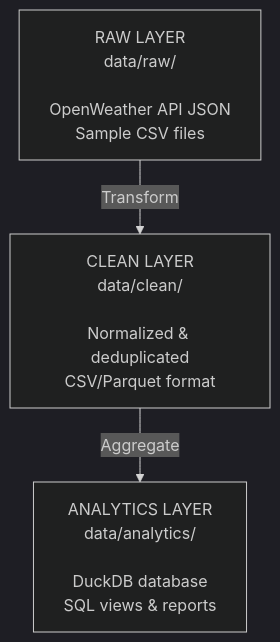
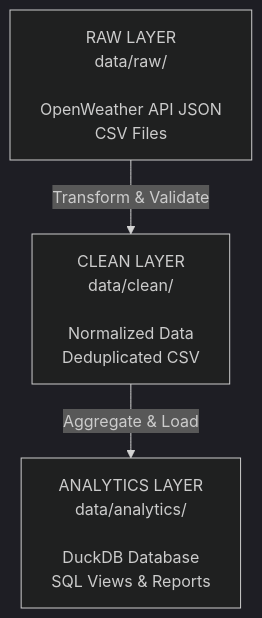
The first of 2 diagrams in README.md (GRamos199/data-lakehouse-simulation), drawn with Mermaid (dark theme) before and after one commit. The commit also changed other lines of this file and 23 other files, not shown here.

````diff
--- a/README.md
+++ b/README.md
@@ -41,6 +71,6 @@
 ```mermaid
 graph TD
-    A["RAW LAYER<br/>data/raw/<br/><br/>OpenWeather API JSON<br/>Sample CSV files"] -->|Transform| B["CLEAN LAYER<br/>data/clean/<br/><br/>Normalized & deduplicated<br/>CSV/Parquet format"]
-    B -->|Aggregate| C["ANALYTICS LAYER<br/>data/analytics/<br/><br/>DuckDB database<br/>SQL views & reports"]
+    A["RAW LAYER<br/>data/raw/<br/><br/>OpenWeather API JSON<br/>CSV Files"] -->|Transform & Validate| B["CLEAN LAYER<br/>data/clean/<br/><br/>Normalized Data<br/>Deduplicated CSV"]
+    B -->|Aggregate & Load| C["ANALYTICS LAYER<br/>data/analytics/<br/><br/>DuckDB Database<br/>SQL Views & Reports"]
     
 ```
````
